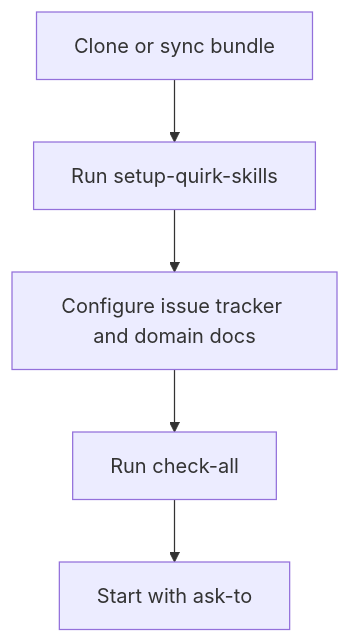
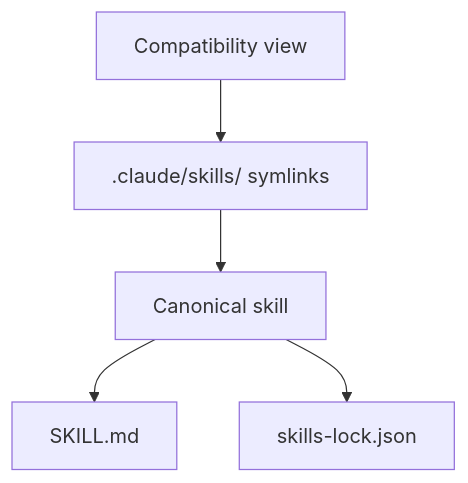
One commit to quantumquirkxyz/skills-quirk changed the second of 3 diagrams in README.md. Above: the diagram before and after it, drawn with Mermaid. The commit also changed other lines of this file, not shown here.

Commit message:
docs: improve README structure and add Architecture section

````diff
--- a/README.md
+++ b/README.md
@@ -148,7 +118,7 @@
 ```mermaid
 flowchart TD
-    A[Clone or sync bundle] --> B[Run setup-quirk-skills]
-    B --> C[Configure issue tracker and domain docs]
-    C --> D[Run check-all]
-    D --> E[Start with ask-to]
+    A[Canonical skill] --> B[SKILL.md]
+    A --> C[skills-lock.json]
+    D[Compatibility view] --> E[.claude/skills/ symlinks]
+    E --> A
 ```
````
